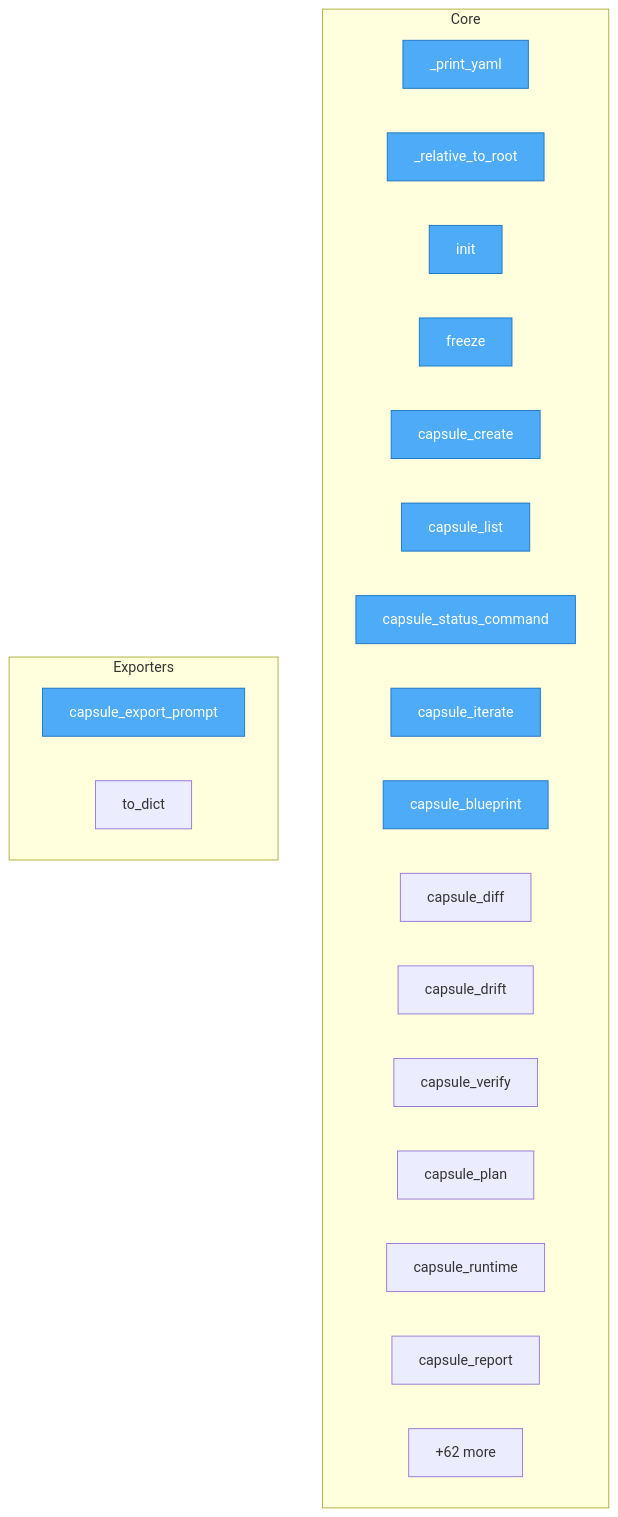
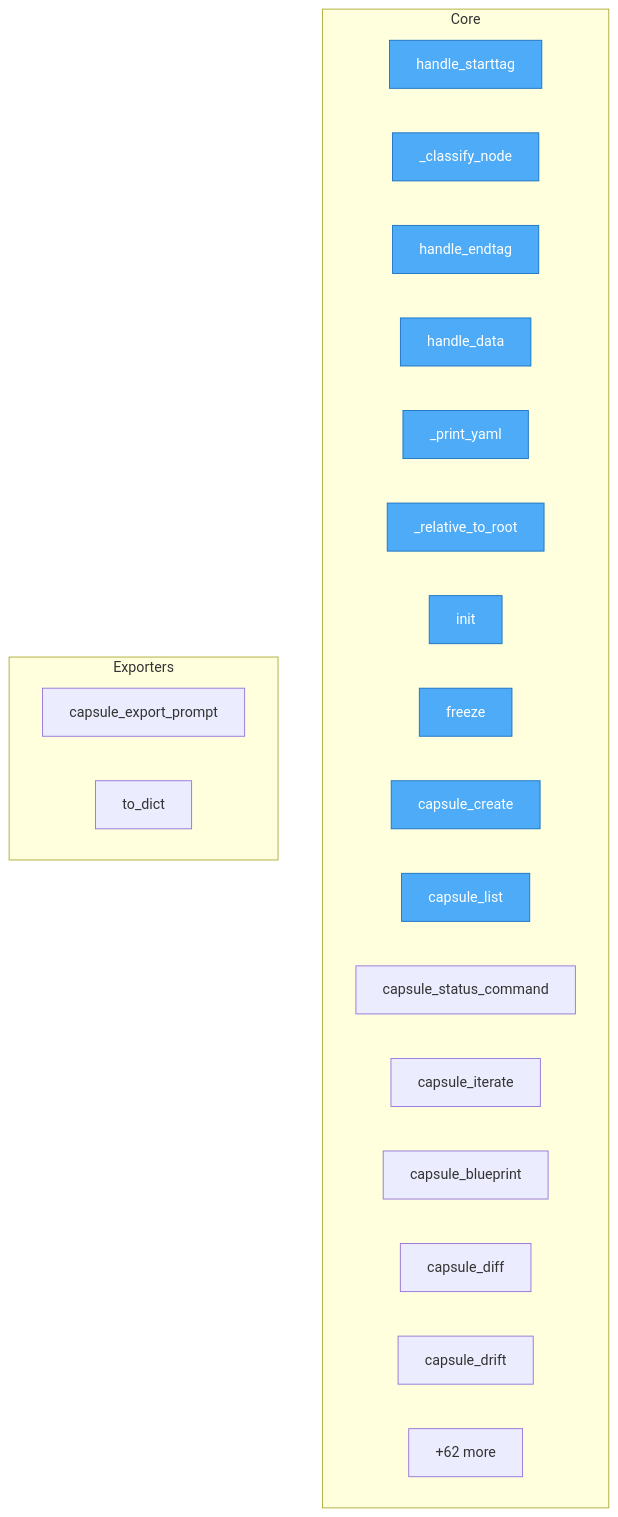
Before and after one commit to autogrammar/nexu: the diagram in project/flow.mmd, drawn with Mermaid. The commit also changed 38 other files, not shown here.

```diff
--- a/project/flow.mmd
+++ b/project/flow.mmd
@@ -1,31 +1,31 @@
 flowchart TD
-%% generated in 0.02s
+%% generated in 0.03s
 
     %% Entry points (blue)
     classDef entry fill:#4dabf7,stroke:#1971c2,color:#fff
 
     subgraph Core
+        src__nexu__cinema_project_ir___ProjectIRParser__handle_starttag["handle_starttag"]
+        src__nexu__cinema_project_ir___ProjectIRParser___classify_node["_classify_node"]
+        src__nexu__cinema_project_ir___ProjectIRParser__handle_endtag["handle_endtag"]
+        src__nexu__cinema_project_ir___ProjectIRParser__handle_data["handle_data"]
         src__nexu__cli___print_yaml["_print_yaml"]
         src__nexu__cli___relative_to_root["_relative_to_root"]
         src__nexu__cli__init["init"]
         src__nexu__cli__freeze["freeze"]
         src__nexu__cli__capsule_create["capsule_create"]
         src__nexu__cli__capsule_list["capsule_list"]
         src__nexu__cli__capsule_status_command["capsule_status_command"]
         src__nexu__cli__capsule_iterate["capsule_iterate"]
         src__nexu__cli__capsule_blueprint["capsule_blueprint"]
         src__nexu__cli__capsule_diff["capsule_diff"]
         src__nexu__cli__capsule_drift["capsule_drift"]
-        src__nexu__cli__capsule_verify["capsule_verify"]
-        src__nexu__cli__capsule_plan["capsule_plan"]
-        src__nexu__cli__capsule_runtime["capsule_runtime"]
-        src__nexu__cli__capsule_report["capsule_report"]
         ...["+62 more"]
     end
 
     subgraph Exporters
         src__nexu__cli__capsule_export_prompt["capsule_export_prompt"]
         src__vico__models__PromptExport__to_dict["to_dict"]
     end
 
-    class src__nexu__cli___print_yaml,src__nexu__cli___relative_to_root,src__nexu__cli__init,src__nexu__cli__freeze,src__nexu__cli__capsule_create,src__nexu__cli__capsule_list,src__nexu__cli__capsule_status_command,src__nexu__cli__capsule_iterate,src__nexu__cli__capsule_blueprint,src__nexu__cli__capsule_export_prompt entry
+    class src__nexu__cinema_project_ir___ProjectIRParser__handle_starttag,src__nexu__cinema_project_ir___ProjectIRParser___classify_node,src__nexu__cinema_project_ir___ProjectIRParser__handle_endtag,src__nexu__cinema_project_ir___ProjectIRParser__handle_data,src__nexu__cli___print_yaml,src__nexu__cli___relative_to_root,src__nexu__cli__init,src__nexu__cli__freeze,src__nexu__cli__capsule_create,src__nexu__cli__capsule_list entry
```
